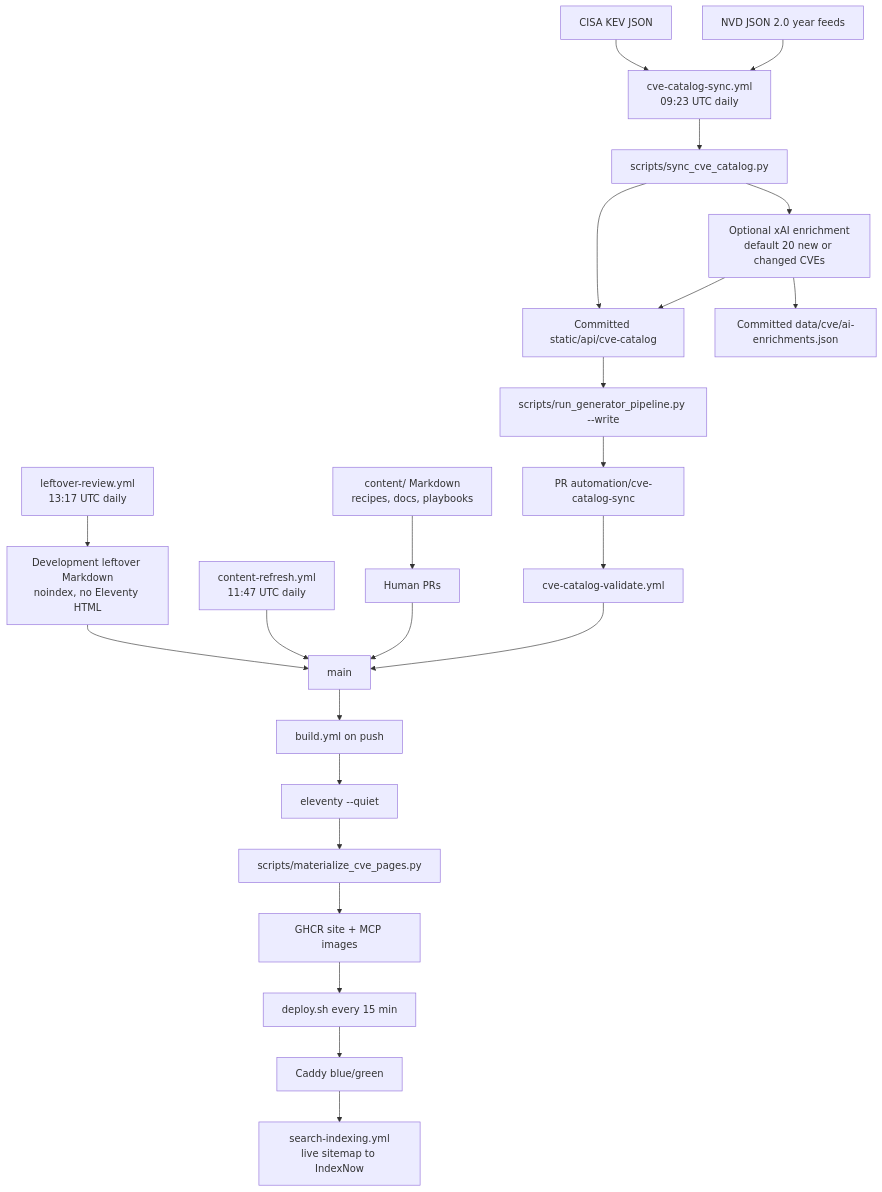
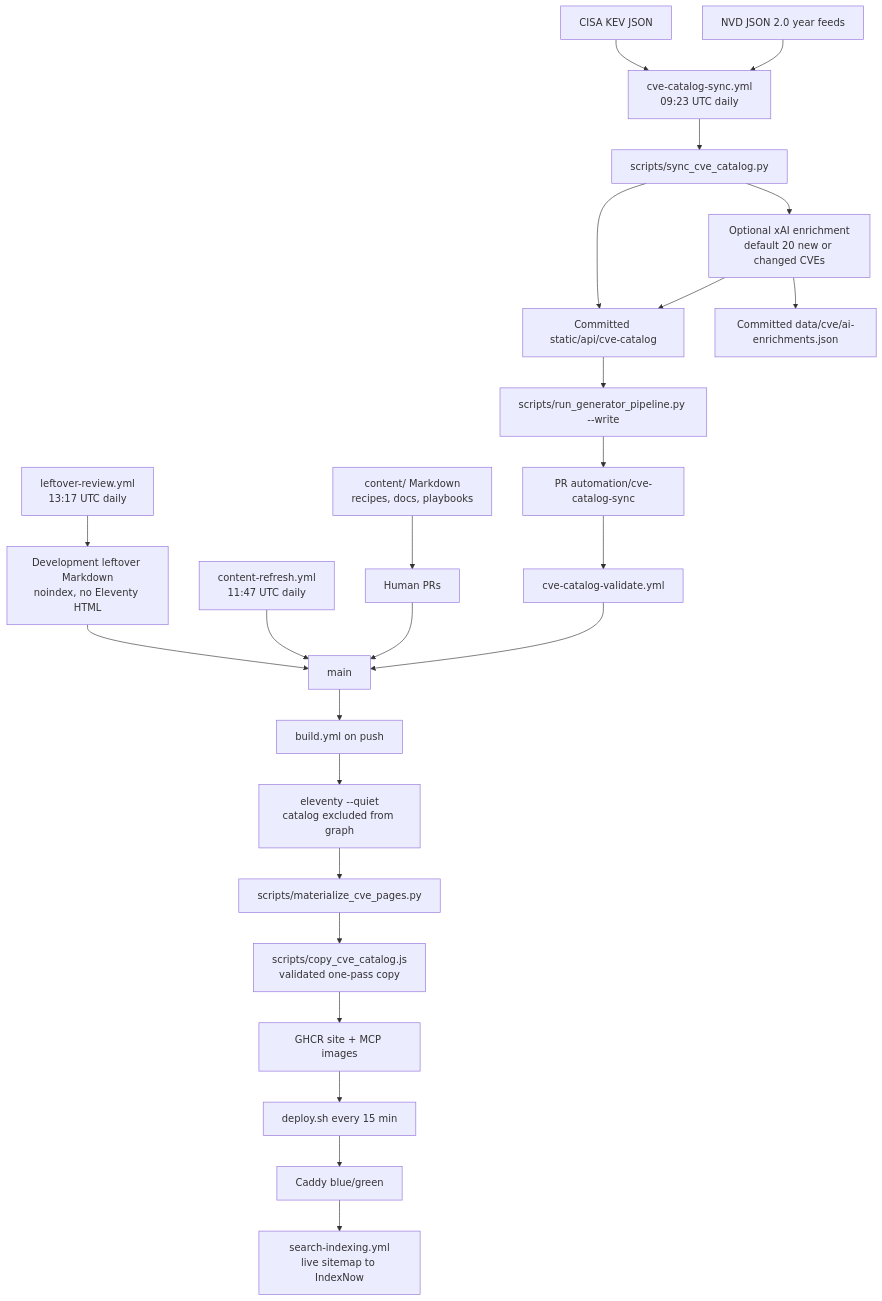
One commit to stevologic/security-recipes.ai changed the diagram in content/docs/site-data-pipeline.md. Above: the diagram before and after it, drawn with Mermaid. The commit also changed other lines of this file and 51 other files, not shown here.

````diff
--- a/content/docs/site-data-pipeline.md
+++ b/content/docs/site-data-pipeline.md
@@ -28,55 +28,57 @@
 ```mermaid
 flowchart TB
     NVD["NVD JSON 2.0 year feeds"]
     KEV["CISA KEV JSON"]
     MD["content/ Markdown<br/>recipes, docs, playbooks"]
 
     SYNC["cve-catalog-sync.yml<br/>09:23 UTC daily"]
     SYNCPY["scripts/sync_cve_catalog.py"]
     XAI["Optional xAI enrichment<br/>default 20 new or changed CVEs"]
     CAT["Committed static/api/cve-catalog"]
     CACHE["Committed data/cve/ai-enrichments.json"]
     PIPE["scripts/run_generator_pipeline.py --write"]
     CATPR["PR automation/cve-catalog-sync"]
     VAL["cve-catalog-validate.yml"]
 
     HUMAN["Human PRs"]
     REFRESH["content-refresh.yml<br/>11:47 UTC daily"]
     LEFT["leftover-review.yml<br/>13:17 UTC daily"]
     DRAFTS["Development leftover Markdown<br/>noindex, no Eleventy HTML"]
 
     MAIN["main"]
     BUILD["build.yml on push"]
-    E11["eleventy --quiet"]
+    E11["eleventy --quiet<br/>catalog excluded from graph"]
     MAT["scripts/materialize_cve_pages.py"]
+    COPY["scripts/copy_cve_catalog.js<br/>validated one-pass copy"]
     IMG["GHCR site + MCP images"]
     DEP["deploy.sh every 15 min"]
     LIVE["Caddy blue/green"]
     IDX["search-indexing.yml<br/>live sitemap to IndexNow"]
 
     NVD --> SYNC
     KEV --> SYNC
     SYNC --> SYNCPY
     SYNCPY --> XAI
     XAI --> CAT
     XAI --> CACHE
     SYNCPY --> CAT
     CAT --> PIPE
     PIPE --> CATPR
     CATPR --> VAL
     VAL --> MAIN
 
     MD --> HUMAN
     HUMAN --> MAIN
     REFRESH --> MAIN
     LEFT --> DRAFTS
     DRAFTS --> MAIN
 
     MAIN --> BUILD
     BUILD --> E11
     E11 --> MAT
-    MAT --> IMG
+    MAT --> COPY
+    COPY --> IMG
     IMG --> DEP
     DEP --> LIVE
     LIVE --> IDX
 ```
````
